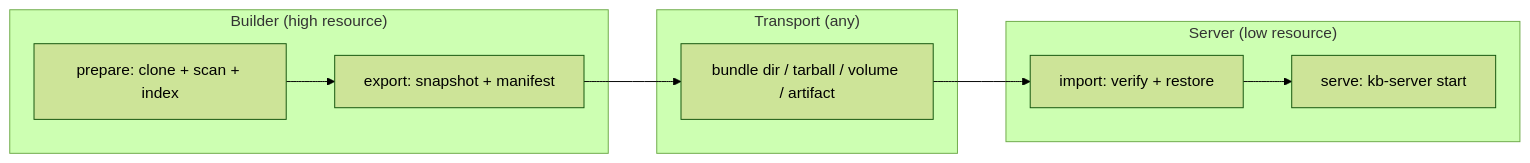
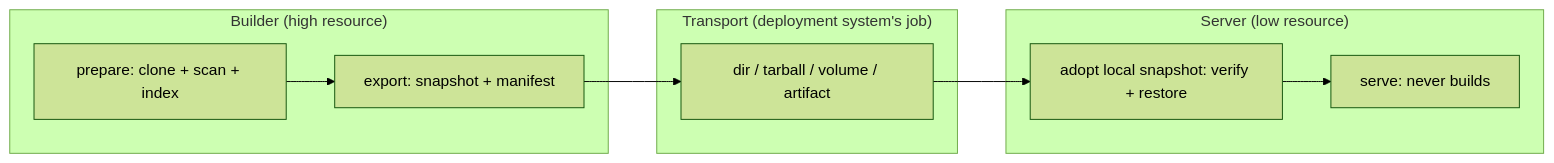
The diagram in packages/kb-server/HANDOFF.md (rosenjcb/kb), drawn with Mermaid (forest theme) before and after one commit. The commit also changed other lines of this file and 18 other files, not shown here.

First line of the commit message:
Rename prepared-state → snapshot and add `start --from` local-snapshot serving

````diff
--- a/packages/kb-server/HANDOFF.md
+++ b/packages/kb-server/HANDOFF.md
@@ -25,17 +27,17 @@
 ```mermaid
 flowchart LR
   subgraph builder ["Builder (high resource)"]
     B1["prepare: clone + scan + index"]
     B2["export: snapshot + manifest"]
     B1 --> B2
   end
-  subgraph transport ["Transport (any)"]
-    T["bundle dir / tarball / volume / artifact"]
+  subgraph transport ["Transport (deployment system's job)"]
+    T["dir / tarball / volume / artifact"]
   end
   subgraph server ["Server (low resource)"]
-    S1["import: verify + restore"]
-    S2["serve: kb-server start"]
+    S1["adopt local snapshot: verify + restore"]
+    S2["serve: never builds"]
     S1 --> S2
   end
   B2 --> T --> S1
 ```
````
